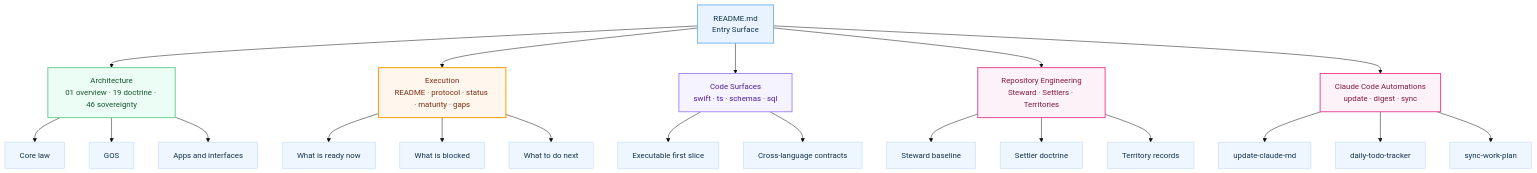
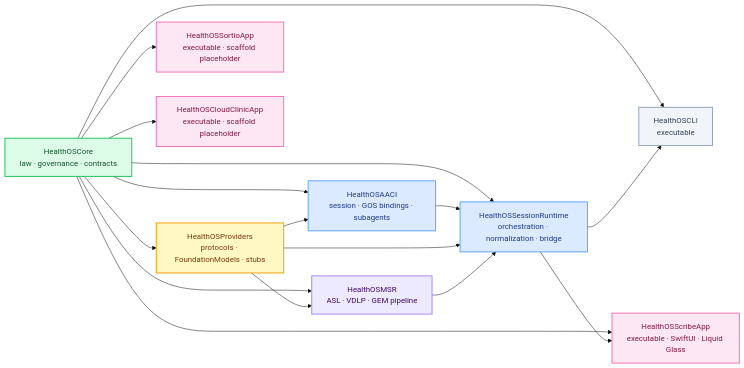
The third of 10 diagrams in README.md (myselfgus/HealthOScaffold), drawn with Mermaid before and after one commit. The commit also changed other lines of this file and 4 other files, not shown here.

First line of the commit message:
docs: audit and restructure documentation with Liquid Glass UI architecture

````diff
--- a/README.md
+++ b/README.md
@@ -148,39 +123,37 @@
 ```mermaid
-%%{init: {'theme': 'base', 'themeVariables': {'primaryColor': '#eef6ff', 'primaryBorderColor': '#b8d7f5', 'primaryTextColor': '#11324d', 'clusterBkg': '#fbfdff', 'clusterBorder': '#d7e7f5', 'titleColor': '#0f172a', 'edgeLabelBackground': '#f8fbff', 'fontFamily': 'ui-rounded, -apple-system, BlinkMacSystemFont, sans-serif'}}}%%
-flowchart TD
-    classDef entry fill:#e8f3ff,stroke:#7db7e8,stroke-width:2px,color:#12324a
-    classDef arch fill:#ecfdf5,stroke:#6fcf97,stroke-width:2px,color:#14532d
-    classDef exec fill:#fff7ed,stroke:#f59e0b,stroke-width:2px,color:#7c2d12
-    classDef code fill:#f5f3ff,stroke:#a78bfa,stroke-width:2px,color:#4c1d95
-    classDef steward fill:#fdf2f8,stroke:#ec4899,stroke-width:2px,color:#831843
+%%{init: {'theme': 'base', 'themeVariables': {'primaryColor': '#f8f4ff', 'primaryBorderColor': '#c4b5fd', 'primaryTextColor': '#3b0764', 'clusterBkg': '#fdfbff', 'clusterBorder': '#e9d5ff', 'titleColor': '#0f172a', 'edgeLabelBackground': '#fdf8ff', 'fontFamily': 'ui-sans-serif, system-ui, -apple-system'}}}%%
+graph LR
+    classDef core     fill:#dcfce7,stroke:#22c55e,stroke-width:2px,color:#14532d
+    classDef runtime  fill:#dbeafe,stroke:#60a5fa,stroke-width:2px,color:#1e3a8a
+    classDef provider fill:#fef9c3,stroke:#f59e0b,stroke-width:2px,color:#78350f
+    classDef msr      fill:#ede9fe,stroke:#a78bfa,stroke-width:2px,color:#3b0764
+    classDef app      fill:#fce7f3,stroke:#f472b6,stroke-width:2px,color:#831843
+    classDef cli      fill:#f1f5f9,stroke:#94a3b8,stroke-width:2px,color:#334155
 
-    R[README.md\nEntry Surface]:::entry
+    CORE[HealthOSCore\nlaw · governance · contracts]:::core
+    PROV[HealthOSProviders\nprotocols · FoundationModels · stubs]:::provider
+    AACI[HealthOSAACI\nsession · GOS bindings · subagents]:::runtime
+    MSR[HealthOSMSR\nASL · VDLP · GEM pipeline]:::msr
+    SRT[HealthOSSessionRuntime\norchestration · normalization · bridge]:::runtime
 
-    A1[Architecture\n01 overview · 19 doctrine · 46 sovereignty]:::arch
-    A2[Execution\nREADME · protocol · status · maturity · gaps]:::exec
-    A3[Code Surfaces\nswift · ts · schemas · sql]:::code
-    A4[Repository Engineering\nSteward · Settlers · Territories]:::steward
+    CLI[HealthOSCLI\nexecutable]:::cli
+    SCRIBE[HealthOSScribeApp\nexecutable · SwiftUI · Liquid Glass]:::app
+    SORTIO[HealthOSSortioApp\nexecutable · scaffold placeholder]:::app
+    CLOUDCLINIC[HealthOSCloudClinicApp\nexecutable · scaffold placeholder]:::app
 
-    A5[Claude Code Automations\nupdate · digest · sync]:::steward
-
-    R --> A1
-    R --> A2
-    R --> A3
-    R --> A4
-    R --> A5
-
-    A1 --> A11[Core law]
-    A1 --> A12[GOS]
-    A1 --> A13[Apps and interfaces]
-    A2 --> A21[What is ready now]
-    A2 --> A22[What is blocked]
-    A2 --> A23[What to do next]
-    A3 --> A31[Executable first slice]
-    A3 --> A32[Cross-language contracts]
-    A4 --> A41[Steward baseline]
-    A4 --> A42[Settler doctrine]
-    A4 --> A43[Territory records]
-    A5 --> A51[update-claude-md]
-    A5 --> A52[daily-todo-tracker]
-    A5 --> A53[sync-work-plan]
+    CORE --> PROV
+    CORE --> AACI
+    CORE --> MSR
+    PROV --> AACI
+    PROV --> MSR
+    CORE --> SRT
+    AACI --> SRT
+    PROV --> SRT
+    MSR --> SRT
+    CORE --> CLI
+    SRT --> CLI
+    CORE --> SCRIBE
+    SRT --> SCRIBE
+    CORE --> SORTIO
+    CORE --> CLOUDCLINIC
 ```
````
